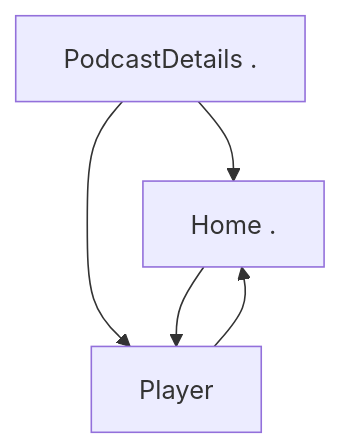
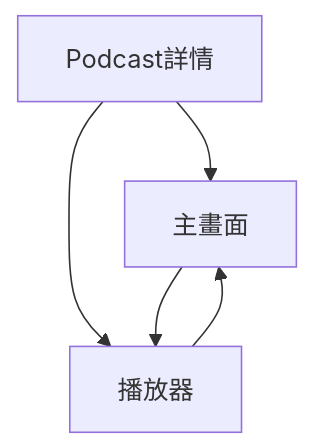
Before and after one commit to BinaryTape/Open-Docs: the second of 2 diagrams in docs/zh-Hant/kmp/migrate-from-android.md, drawn with Mermaid. The commit also changed other lines of this file and 42 other files, not shown here.

````diff
--- a/docs/zh-Hant/kmp/migrate-from-android.md
+++ b/docs/zh-Hant/kmp/migrate-from-android.md
@@ -281,25 +279,25 @@
 ```mermaid
 ---
 config:
   labelBackground: '#ded'
 ---
 flowchart TB
   %% Nodes (plain labels, no quotes/parentheses/braces)
-  %% Start[Start .]
-  Home[Home .]
-  Player[Player]
-  PodcastDetailsRoute[PodcastDetails .]
+  %% Start[開始]
+  Home[主畫面]
+  Player[播放器]
+  PodcastDetailsRoute[Podcast詳情]
 
   %% Start and primary navigation
   %% Start --> Home
 
   %% Home main actions
   Home --> Player
 
   %% From standalone PodcastDetails route
   PodcastDetailsRoute --> Player
   PodcastDetailsRoute --> Home
 
   %% Back behavior from Player (returns to previous context)
   Player --> Home
 ```
````
